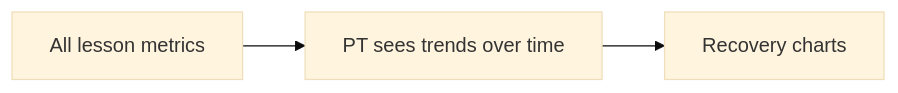
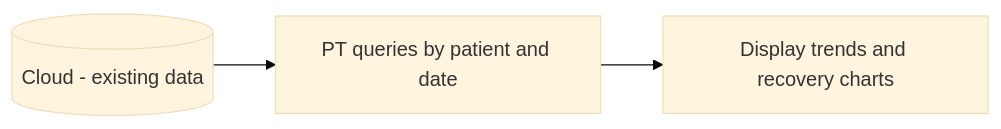
One commit to seanja5/realrehab-mvp changed the seventh of 7 diagrams in docs/DATA_STORY_PRESENTATION.md. Above: the diagram before and after it, drawn with Mermaid (base theme). The commit also changed other lines of this file, not shown here.

Commit message:
Clarify storage in presentation: cloud vs cache vs device file vs queue

````diff
--- a/docs/DATA_STORY_PRESENTATION.md
+++ b/docs/DATA_STORY_PRESENTATION.md
@@ -112,5 +117,5 @@
 ```mermaid
 flowchart LR
-    A[All lesson metrics] --> B[PT sees trends over time]
-    B --> C[Recovery charts]
+    A[(Cloud - existing data)] --> B[PT queries by patient and date]
+    B --> C[Display trends and recovery charts]
 ```
````
